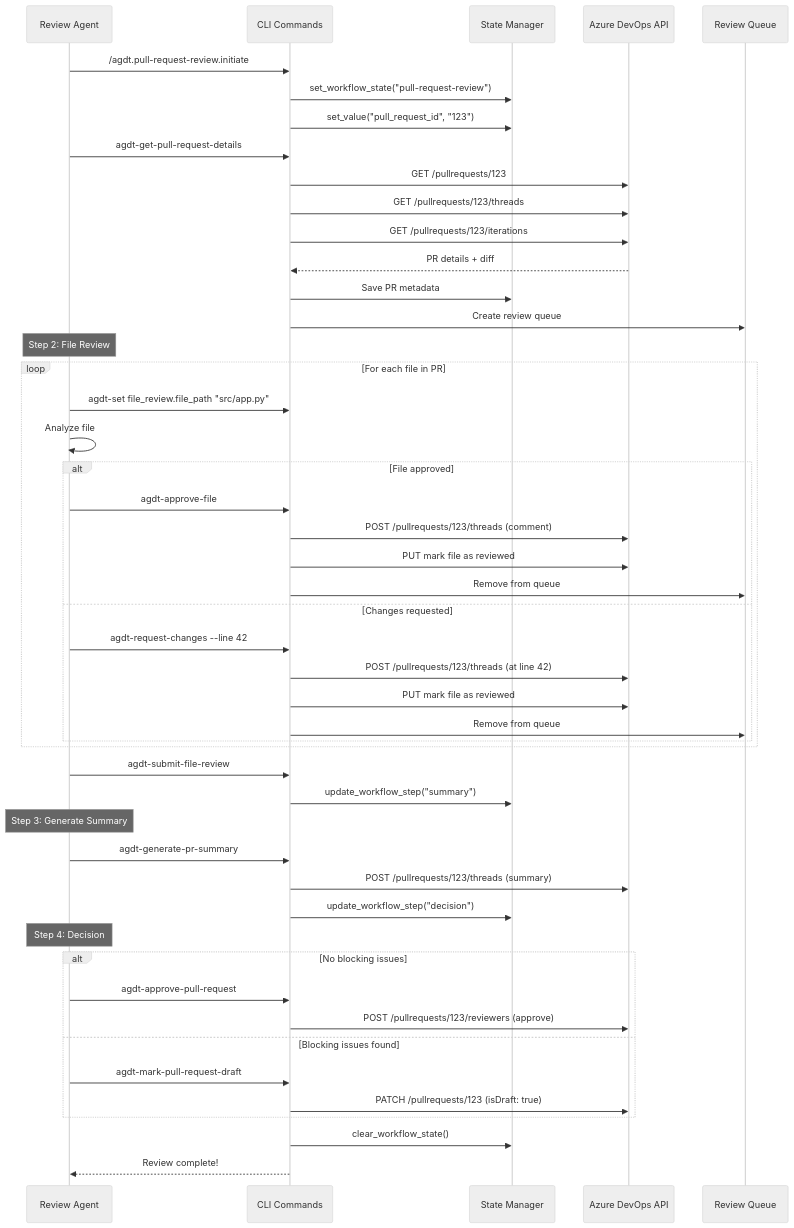
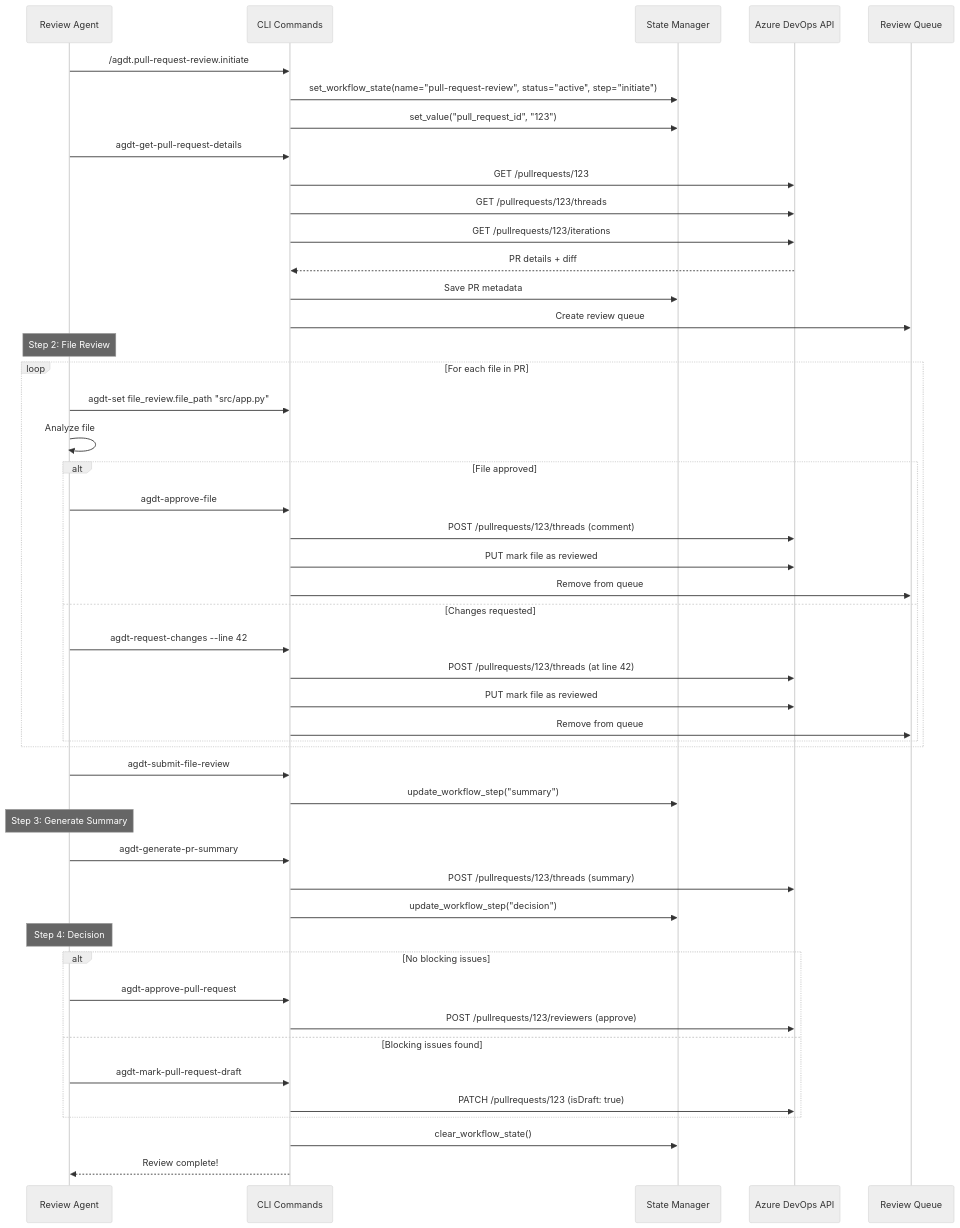
Before and after one commit to ayaiayorg/agentic-devtools: the third of 8 diagrams in docs/06-runtime-view.md, drawn with Mermaid (neutral theme). The commit also changed other lines of this file and 6 other files, not shown here.

First line of the commit message:
docs: fix workflow state key, JIRA_AUTH_SCHEME, prompt locations, and mermaid syntax

````diff
--- a/docs/06-runtime-view.md
+++ b/docs/06-runtime-view.md
@@ -122,58 +122,58 @@
 ```mermaid
 sequenceDiagram
     participant Agent as Review Agent
     participant CLI as CLI Commands
     participant State as State Manager
     participant ADO as Azure DevOps API
     participant Queue as Review Queue
     
     Agent->>CLI: /agdt.pull-request-review.initiate
-    CLI->>State: set_workflow_state("pull-request-review")
+    CLI->>State: set_workflow_state(name="pull-request-review", status="active", step="initiate")
     CLI->>State: set_value("pull_request_id", "123")
     
     Agent->>CLI: agdt-get-pull-request-details
     CLI->>ADO: GET /pullrequests/123
     CLI->>ADO: GET /pullrequests/123/threads
     CLI->>ADO: GET /pullrequests/123/iterations
     ADO-->>CLI: PR details + diff
     CLI->>State: Save PR metadata
     CLI->>Queue: Create review queue
     
     Note over Agent: Step 2: File Review
     loop For each file in PR
         Agent->>CLI: agdt-set file_review.file_path "src/app.py"
         Agent->>Agent: Analyze file
         
         alt File approved
             Agent->>CLI: agdt-approve-file
             CLI->>ADO: POST /pullrequests/123/threads (comment)
             CLI->>ADO: PUT mark file as reviewed
             CLI->>Queue: Remove from queue
         else Changes requested
             Agent->>CLI: agdt-request-changes --line 42
             CLI->>ADO: POST /pullrequests/123/threads (at line 42)
             CLI->>ADO: PUT mark file as reviewed
             CLI->>Queue: Remove from queue
         end
     end
     
     Agent->>CLI: agdt-submit-file-review
     CLI->>State: update_workflow_step("summary")
     
     Note over Agent: Step 3: Generate Summary
     Agent->>CLI: agdt-generate-pr-summary
     CLI->>ADO: POST /pullrequests/123/threads (summary)
     CLI->>State: update_workflow_step("decision")
     
     Note over Agent: Step 4: Decision
     alt No blocking issues
         Agent->>CLI: agdt-approve-pull-request
         CLI->>ADO: POST /pullrequests/123/reviewers (approve)
     else Blocking issues found
         Agent->>CLI: agdt-mark-pull-request-draft
         CLI->>ADO: PATCH /pullrequests/123 (isDraft: true)
     end
     
     CLI->>State: clear_workflow_state()
     CLI-->>Agent: Review complete!
 ```
````
